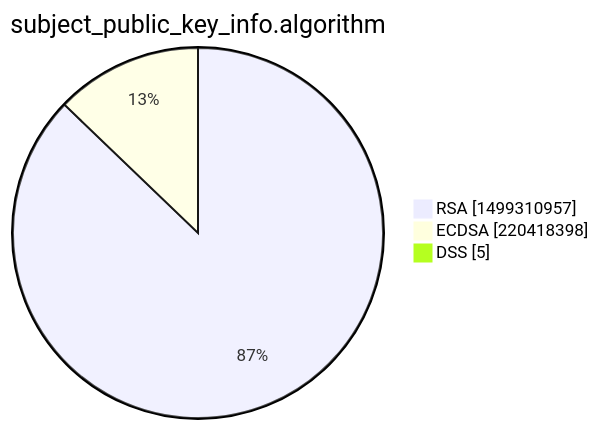
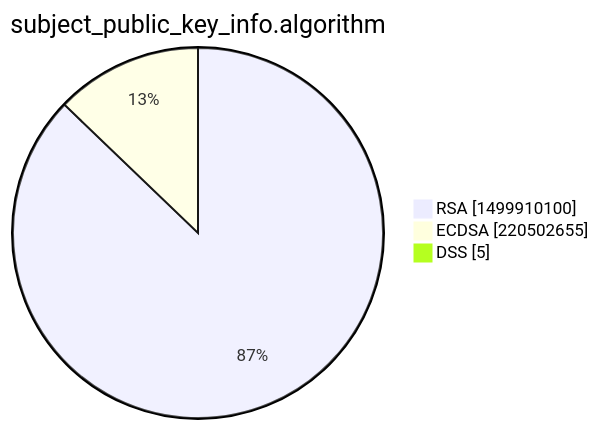
Before and after one commit to christiankrug/ctmonitor_visualization: the third of 15 diagrams in xenon2022/README.md, drawn with Mermaid. The commit also changed other lines of this file, not shown here.

````diff
--- a/xenon2022/README.md
+++ b/xenon2022/README.md
@@ -14,7 +14,7 @@
 ```mermaid
 pie showData
 title subject_public_key_info.algorithm
-"RSA" :1499310957
-"ECDSA" :220418398
+"RSA" :1499910100
+"ECDSA" :220502655
 "DSS" :5
 ```
````
